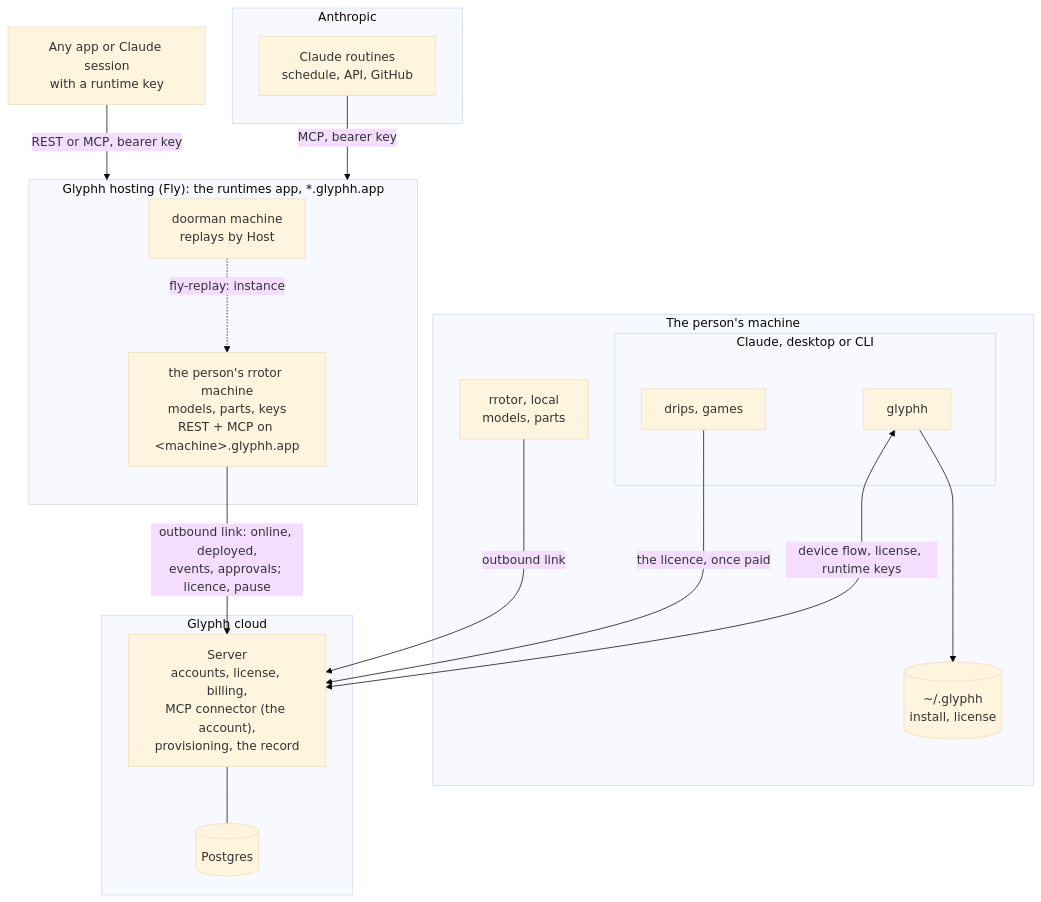
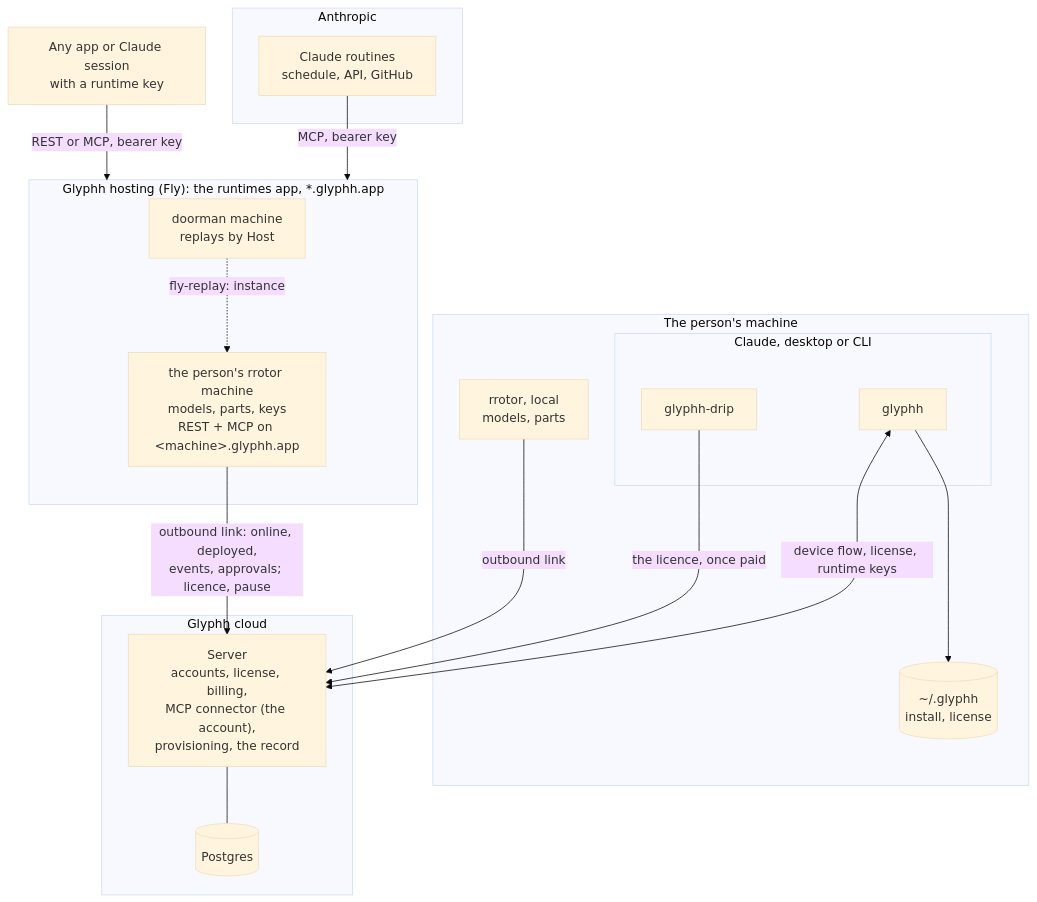
The first of 3 diagrams in docs/architecture.md (glyphh-ai/server), drawn with Mermaid (base theme) before and after one commit. The commit also changed other lines of this file and 6 other files, not shown here.

Commit message:
Glyphh Drip is the one mod sold once: the unlock takes glyphh-drip, not drips or games

````diff
--- a/docs/architecture.md
+++ b/docs/architecture.md
@@ -26,37 +25,37 @@
 ```mermaid
 flowchart TB
     subgraph Machine["The person's machine"]
         subgraph Claude["Claude, desktop or CLI"]
             Base["glyphh"]
-            Fun["drips, games"]
+            Fun["glyphh-drip"]
         end
         LocalRotor["rrotor, local<br/>models, parts"]
         Local[("~/.glyphh<br/>install, license")]
         Base --> Local
     end
 
     subgraph Anthropic["Anthropic"]
         Routine["Claude routines<br/>schedule, API, GitHub"]
     end
 
     Apps["Any app or Claude session<br/>with a runtime key"]
 
     subgraph Cloud["Glyphh cloud"]
         API["Server<br/>accounts, license, billing,<br/>MCP connector (the account),<br/>provisioning, the record"]
         DB[("Postgres")]
         API --- DB
     end
 
     subgraph Fly["Glyphh hosting (Fly): the runtimes app, *.glyphh.app"]
         Door["doorman machine<br/>replays by Host"]
         Rotor["the person's rrotor machine<br/>models, parts, keys<br/>REST + MCP on &lt;machine&gt;.glyphh.app"]
         Door -. "fly-replay: instance" .-> Rotor
     end
 
     Base <-- "device flow, license, runtime keys" --> API
     Fun -- "the licence, once paid" --> API
     Routine -- "MCP, bearer key" --> Fly
     Apps -- "REST or MCP, bearer key" --> Fly
     Rotor -- "outbound link: online, deployed,<br/>events, approvals; licence, pause" --> API
     LocalRotor -- "outbound link" --> API
 ```
````
